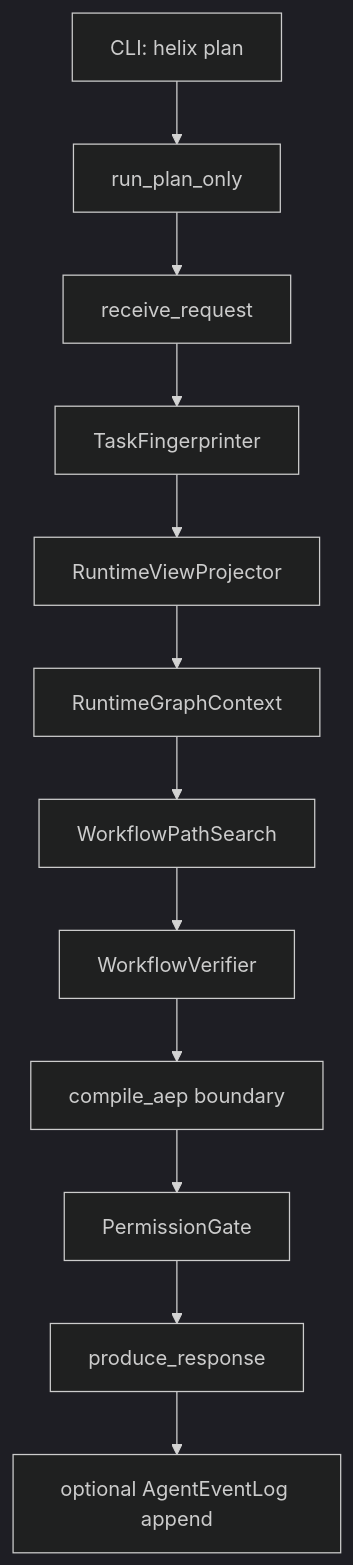
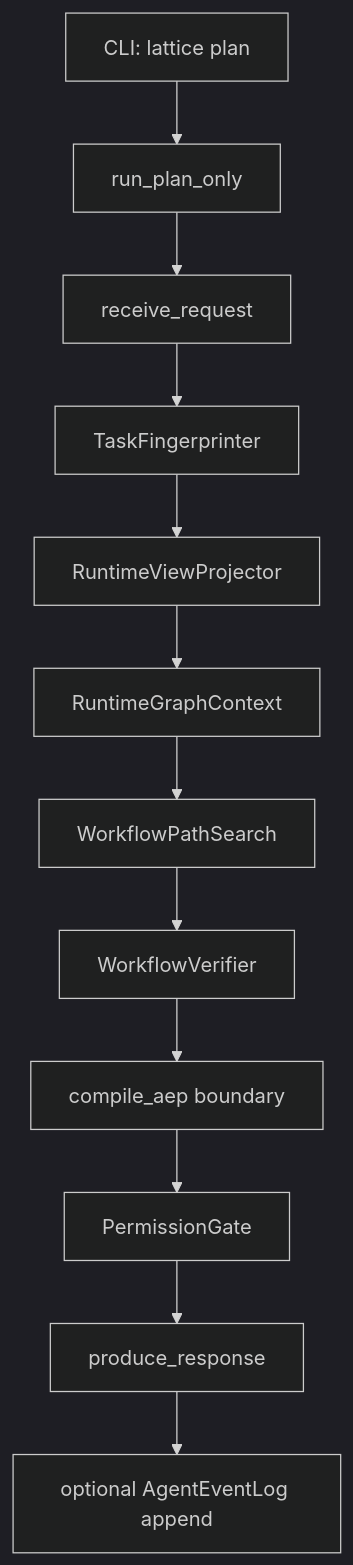
One commit to sluminositys/LATTICE changed the first of 4 diagrams in docs/architecture/CURRENT_IMPLEMENTATION_OVERVIEW.md. Above: the diagram before and after it, drawn with Mermaid (dark theme). The commit also changed other lines of this file and 202 other files, not shown here.

Commit message:
rename HELIX to LATTICE

````diff
--- a/docs/architecture/CURRENT_IMPLEMENTATION_OVERVIEW.md
+++ b/docs/architecture/CURRENT_IMPLEMENTATION_OVERVIEW.md
@@ -330,14 +330,14 @@
 ```mermaid
 flowchart TD
-    A["CLI: helix plan"] --> B["run_plan_only"]
+    A["CLI: lattice plan"] --> B["run_plan_only"]
     B --> C["receive_request"]
     C --> D["TaskFingerprinter"]
     D --> E["RuntimeViewProjector"]
     E --> F["RuntimeGraphContext"]
     F --> G["WorkflowPathSearch"]
     G --> H["WorkflowVerifier"]
     H --> I["compile_aep boundary"]
     I --> J["PermissionGate"]
     J --> K["produce_response"]
     K --> L["optional AgentEventLog append"]
 ```
````
